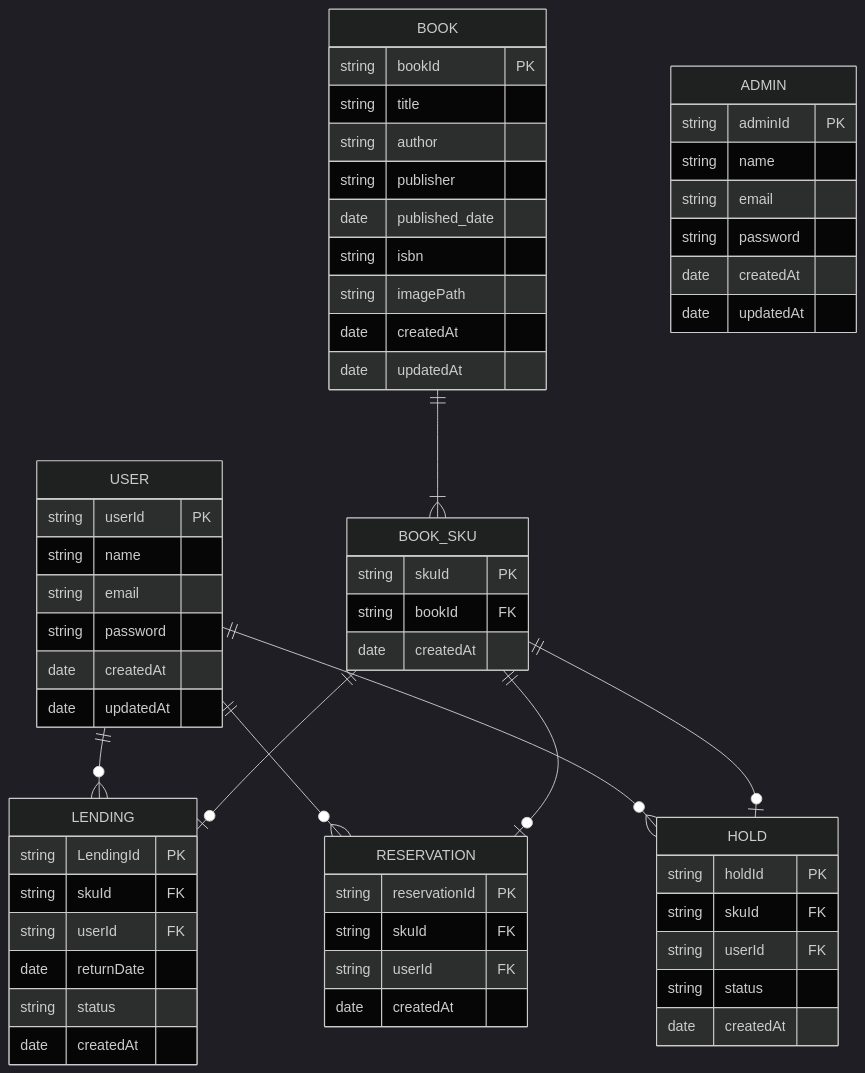
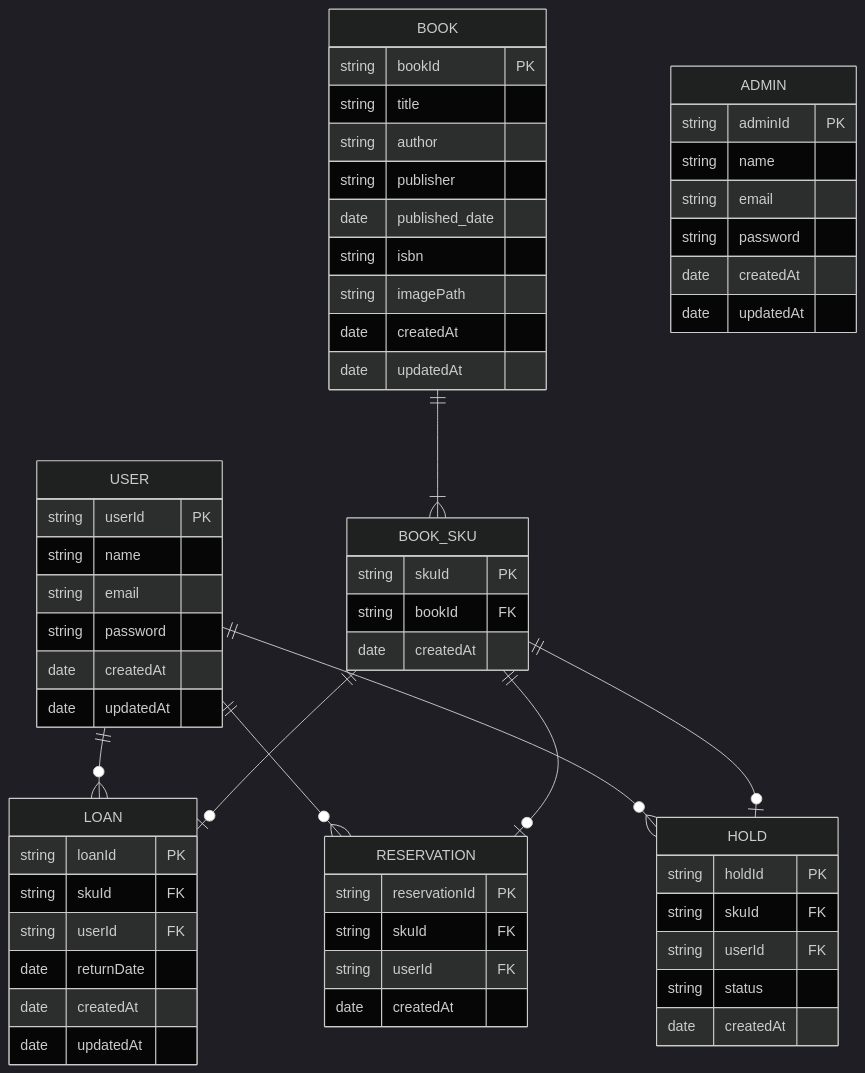
The diagram in docs/architecture.md (saki-orange/library-app), drawn with Mermaid (dark theme) before and after one commit. The commit also changed 2 other files, not shown here.

Commit message:
[change] Lending -> Loan に表現を変更

````diff
--- a/docs/architecture.md
+++ b/docs/architecture.md
@@ -183,75 +183,74 @@
 ```mermaid
 erDiagram
     %% マスタ
     USER {
         string userId PK
         string name
         string email
         string password
         date createdAt
         date updatedAt
     }
     %% マスタ
     BOOK {
         %% ISBN重複なし
         string bookId PK
         string title
         string author
         string publisher
         date published_date
         string isbn
         string imagePath
         date createdAt
         date updatedAt
     }
     %% マスタ
     BOOK ||--|{ BOOK_SKU : ""
     BOOK_SKU {
         %% ISBN重複有り
         string skuId PK
         string bookId FK
         date createdAt
     }
     %% トランザクション
-    USER ||--o{ LENDING : ""
-    BOOK_SKU ||--o| LENDING : ""
-    LENDING {
-        string LendingId PK
+    USER ||--o{ LOAN : ""
+    BOOK_SKU ||--o| LOAN : ""
+    LOAN {
+        string loanId PK
         string skuId FK
         string userId FK
         date returnDate
-        %% 貸出中/貸出延長/返却完了(削除)
-        string status
         date createdAt
+        date updatedAt
     }
     %% トランザクション
     USER ||--o{ RESERVATION : ""
     BOOK_SKU ||--o| RESERVATION : ""
     RESERVATION {
         string reservationId PK
         string skuId FK
         string userId FK
         %% 予約した日時が古い順に貸す
         date createdAt
     }
     %% トランザクション
     USER ||--o{ HOLD : ""
     BOOK_SKU ||--o| HOLD : ""
     HOLD {
         string holdId PK
         string skuId FK
         string userId FK
         %% 取り置き処理中→取り置き完了→受け取り済み(削除・貸出中)
         string status
         date createdAt
     }
     %% マスタ
     ADMIN {
         string adminId PK
         string name
         string email
         string password
         date createdAt
         date updatedAt
     }
 ```
````
